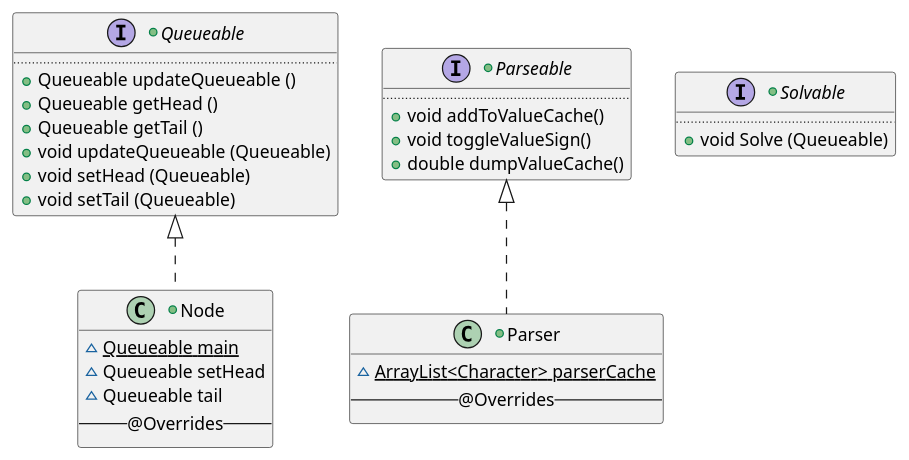
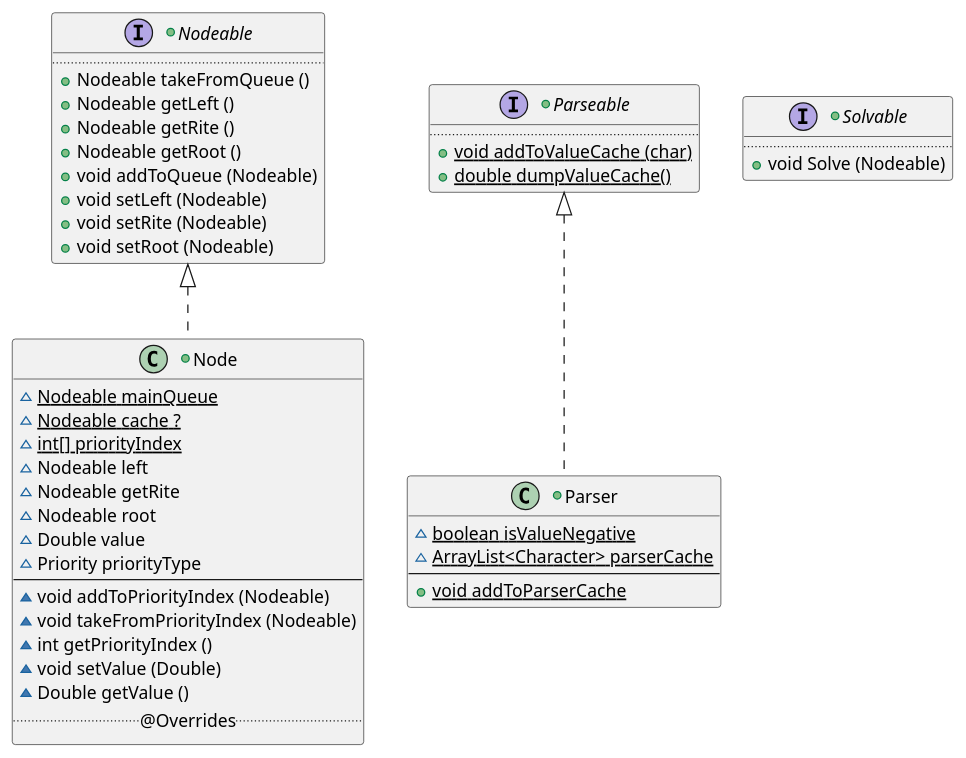
One commit to vitalispopoff/calculator changed the diagram in src/docs/UML/Class Structure.puml. Above: the diagram before and after it, drawn with PlantUML. The commit also changed 7 other files, not shown here.

```diff
--- a/src/docs/UML/Class Structure.puml
+++ b/src/docs/UML/Class Structure.puml
@@ -1,41 +1,54 @@
 @startuml
 
-+interface Queueable{
++interface Nodeable{
     ..
-        +   {method} Queueable updateQueueable ()
-        +   {method} Queueable getHead ()
-        +   {method} Queueable getTail ()
-        +   {method} void updateQueueable (Queueable)
-        +   {method} void setHead (Queueable)
-        +   {method} void setTail (Queueable)
-}
-+class Node implements Queueable{
-        ~   {field} {static} Queueable main
-        ~   {field} Queueable setHead
-        ~   {field} Queueable tail
-    -- @Overrides--
+        +   {method} Nodeable takeFromQueue ()
+        +   {method} Nodeable getLeft ()
+        +   {method} Nodeable getRite ()
+        +   {method} Nodeable getRoot ()
+        +   {method} void addToQueue (Nodeable)
+        +   {method} void setLeft (Nodeable)
+        +   {method} void setRite (Nodeable)
+        +   {method} void setRoot (Nodeable)
 }
 
-
++class Node implements Nodeable{
+        ~   {field} {static} Nodeable mainQueue
+        ~   {field} {static} Nodeable cache ?
+        ~   {field} {static} int[] priorityIndex
+        ~   {field} Nodeable left
+        ~   {field} Nodeable getRite
+        ~   {field} Nodeable root
+        ~   {field} Double value
+        ~   {field} Priority priorityType
+    --
+        ~   {method} void addToPriorityIndex (Nodeable)
+        ~   {method} void takeFromPriorityIndex (Nodeable)
+        ~   {method} int getPriorityIndex ()
+        ~   {method} void setValue (Double)
+        ~   {method} Double getValue ()
+    .. @Overrides..
+}
 
 +interface Parseable{
     ..
-        +   {method} void addToValueCache()
-        +   {method} void toggleValueSign()
-        +   {method} double dumpValueCache()
+        +   {method} {static} void addToValueCache (char)
+        +   {method} {static} double dumpValueCache()
 }
 
 +class Parser implements Parseable{
+        ~   {field} {static} boolean isValueNegative
         ~   {field} {static} ArrayList<Character> parserCache
-    --@Overrides--
+    --
+        +   {method} {static} void addToParserCache
 }
 
 'Parseable <|-- Parser : impl
 
 
 +interface Solvable{
     ..
-        +{method} void Solve (Queueable)
+        +{method} void Solve (Nodeable)
 }
 
 @enduml
```
